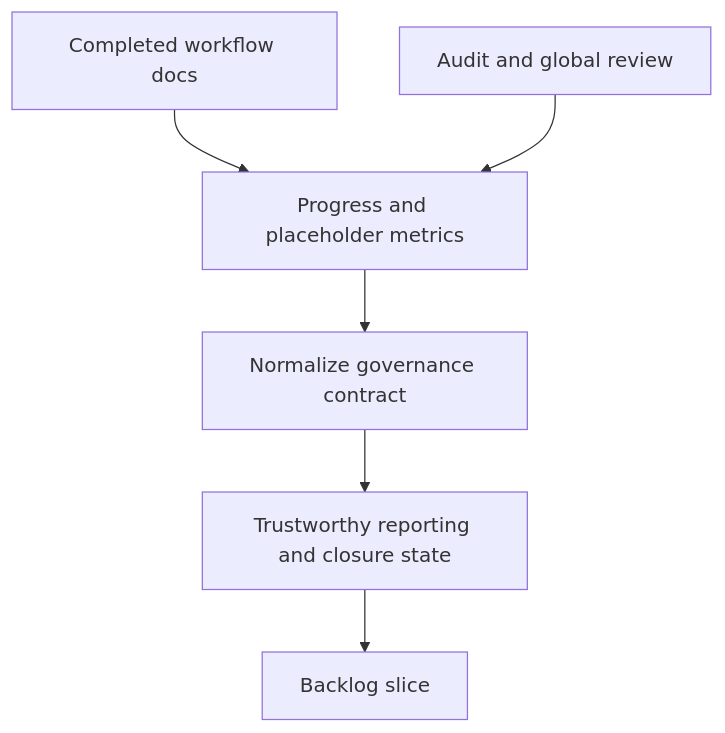
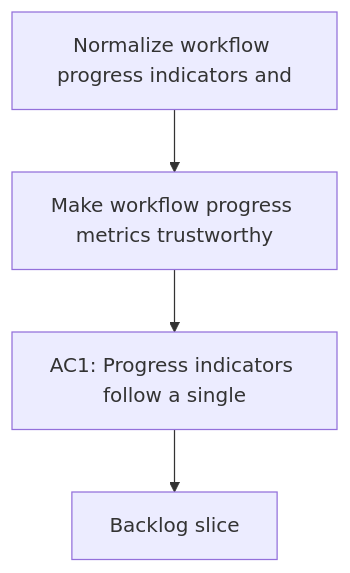
Before and after one commit to AlexAgo83/logics-manager: the diagram in logics/request/req_111_normalize_workflow_progress_indicators_and_close_placeholder_debt_in_completed_docs.md, drawn with Mermaid. The commit also changed other lines of this file and 481 other files, not shown here.

Commit message:
Normalize Logics docs and workflow indicators

````diff
--- a/logics/request/req_111_normalize_workflow_progress_indicators_and_close_placeholder_debt_in_completed_docs.md
+++ b/logics/request/req_111_normalize_workflow_progress_indicators_and_close_placeholder_debt_in_completed_docs.md
@@ -29,10 +29,8 @@
 ```mermaid
 %% logics-kind: request
 %% logics-signature: request|normalize-workflow-progress-indicators-a|make-workflow-progress-metrics-trustwort|ac1-progress-indicators-follow-a-single
 flowchart TD
-    Docs[Completed workflow docs] --> Metrics[Progress and placeholder metrics]
-    Review[Audit and global review] --> Metrics
-    Metrics --> Contract[Normalize governance contract]
-    Contract --> Trust[Trustworthy reporting and closure state]
-    Trust --> Backlog[Backlog slice]
+    Trigger[Normalize workflow progress indicators and] --> Need[Make workflow progress metrics trustworthy]
+    Need --> Outcome[AC1: Progress indicators follow a single]
+    Outcome --> Backlog[Backlog slice]
 ```
````
